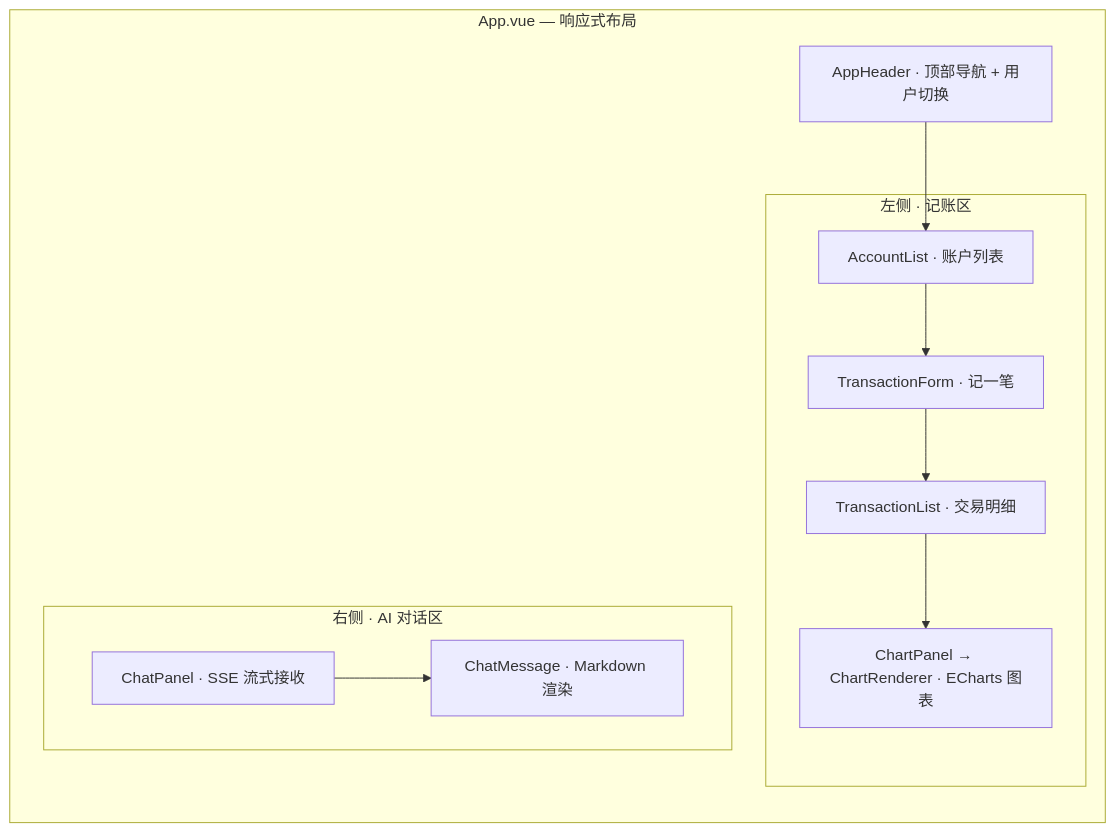
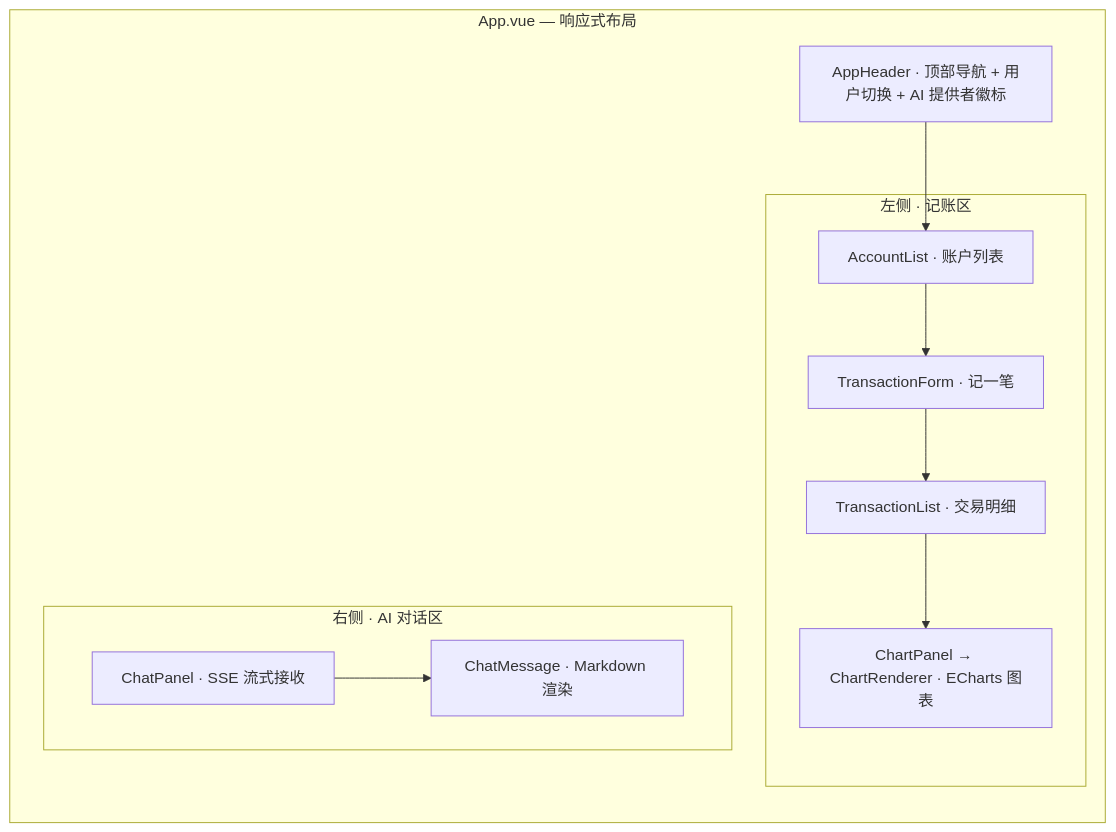
One commit to reallyhwc/test-learn-agent changed the fifth of 6 diagrams in README.md. Above: the diagram before and after it, drawn with Mermaid. The commit also changed other lines of this file and 1 other file, not shown here.

````diff
--- a/README.md
+++ b/README.md
@@ -201,25 +226,25 @@
 ```mermaid
 graph TB
     subgraph "App.vue — 响应式布局"
         direction TB
-        HEADER["AppHeader · 顶部导航 + 用户切换"]
+        HEADER["AppHeader · 顶部导航 + 用户切换 + AI 提供者徽标"]
         
         subgraph "左侧 · 记账区"
             ACC["AccountList · 账户列表"]
             FORM["TransactionForm · 记一笔"]
             LIST["TransactionList · 交易明细"]
             CHART["ChartPanel → ChartRenderer · ECharts 图表"]
         end
         
         subgraph "右侧 · AI 对话区"
             CHAT["ChatPanel · SSE 流式接收"]
             MSG["ChatMessage · Markdown 渲染"]
         end
     end
     
     HEADER --> ACC
     ACC --> FORM
     FORM --> LIST
     LIST --> CHART
     CHAT --> MSG
 ```
````
